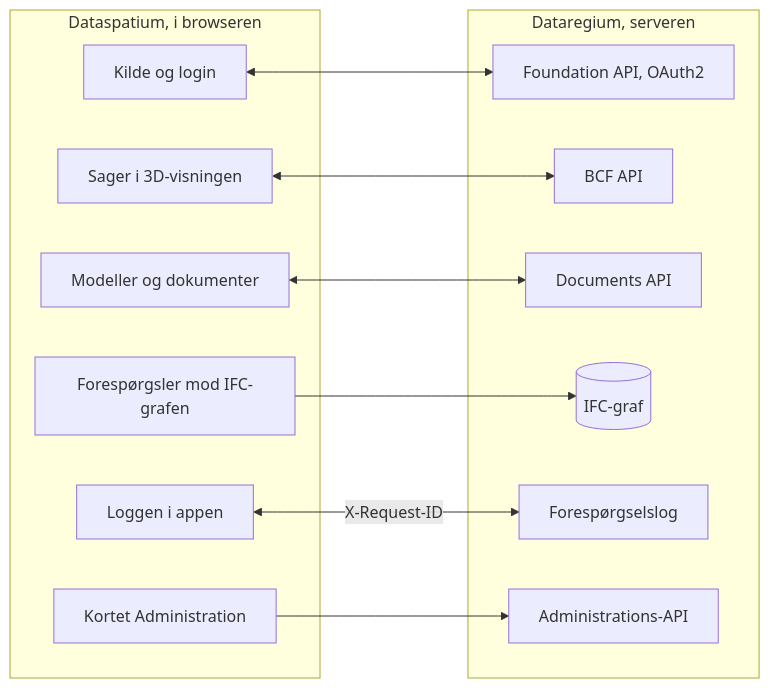
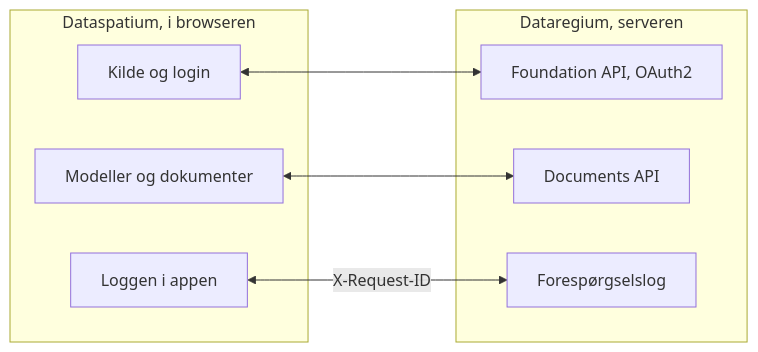
One commit to marwiss/Kontroll changed the diagram in docs/da/README.md. Above: the diagram before and after it, drawn with Mermaid. The commit also changed other lines of this file and 6 other files, not shown here.

````diff
--- a/docs/da/README.md
+++ b/docs/da/README.md
@@ -333,25 +317,16 @@
 ```mermaid
 flowchart LR
     subgraph app ["Dataspatium, i browseren"]
         source["Kilde og login"]
-        issues["Sager i 3D-visningen"]
         files["Modeller og dokumenter"]
-        queries["Forespørgsler mod IFC-grafen"]
         log["Loggen i appen"]
-        admin["Kortet Administration"]
     end
     subgraph server ["Dataregium, serveren"]
         foundation["Foundation API, OAuth2"]
-        bcf["BCF API"]
         documents["Documents API"]
-        ifcgraph[("IFC-graf")]
         requests["Forespørgselslog"]
-        adminapi["Administrations-API"]
     end
     source <--> foundation
-    issues <--> bcf
     files <--> documents
-    queries --> ifcgraph
     log <-- "X-Request-ID" --> requests
-    admin --> adminapi
 ```
````
